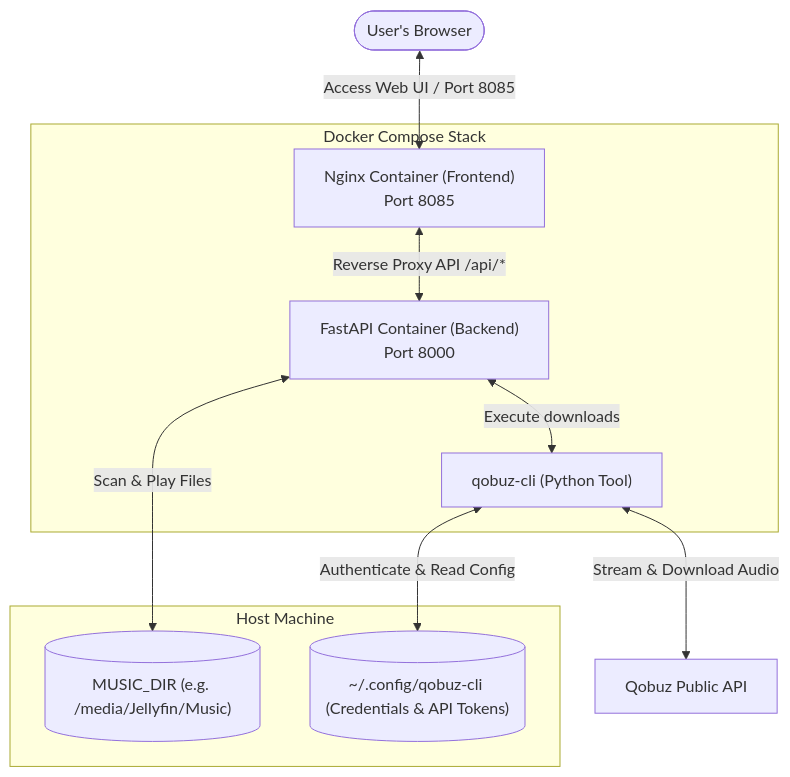
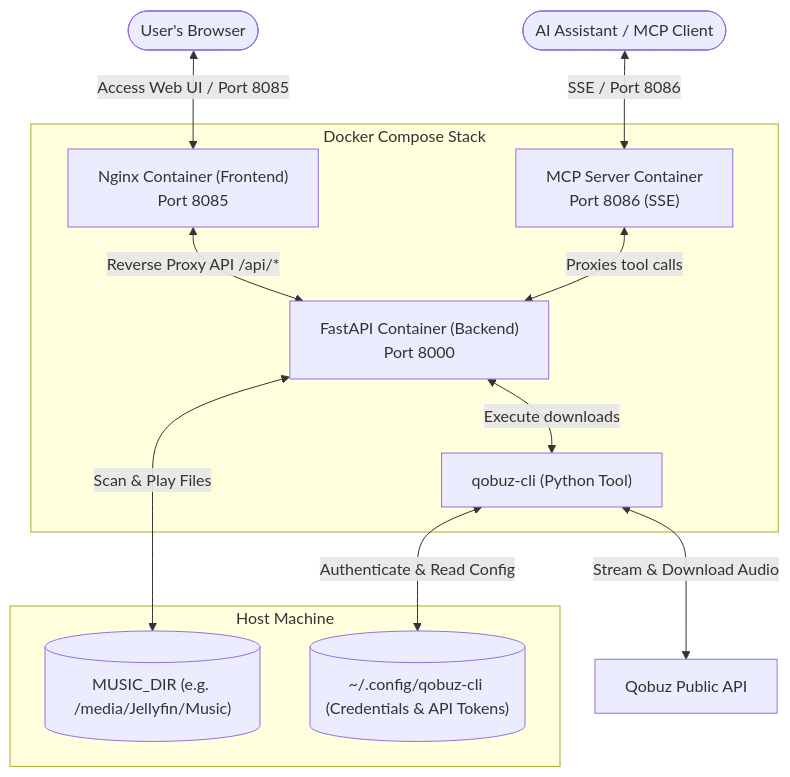
Before and after one commit to Albert-4096/Qobuz-Web-Platform: the diagram in README.md, drawn with Mermaid. The commit also changed other lines of this file and 5 other files, not shown here.

````diff
--- a/README.md
+++ b/README.md
@@ -28,20 +32,23 @@
 ```mermaid
 flowchart TD
     subgraph Host Machine
         Downloads[("MUSIC_DIR (e.g. /media/Jellyfin/Music)")]
         Config[("~/.config/qobuz-cli (Credentials & API Tokens)")]
     end
 
     subgraph Docker Compose Stack
         Nginx["Nginx Container (Frontend)<br>Port 8085"]
         FastAPI["FastAPI Container (Backend)<br>Port 8000"]
         QCLI["qobuz-cli (Python Tool)"]
+        MCP["MCP Server Container<br>Port 8086 (SSE)"]
     end
 
     User([User's Browser]) <-->|Access Web UI / Port 8085| Nginx
+    AI([AI Assistant / MCP Client]) <-->|SSE / Port 8086| MCP
     Nginx <-->|Reverse Proxy API /api/*| FastAPI
     FastAPI <-->|Execute downloads| QCLI
     FastAPI <-->|Scan & Play Files| Downloads
+    MCP <-->|Proxies tool calls| FastAPI
     QCLI <-->|Authenticate & Read Config| Config
     QCLI <-->|Stream & Download Audio| QobuzAPI["Qobuz Public API"]
 ```
````
